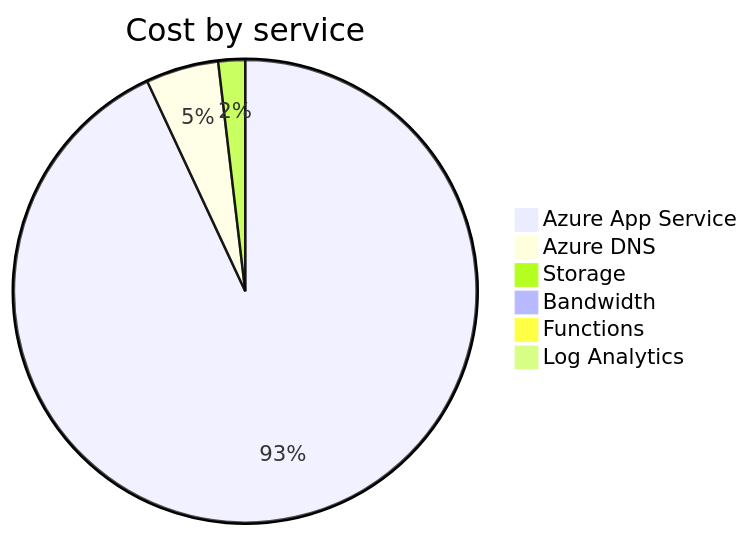
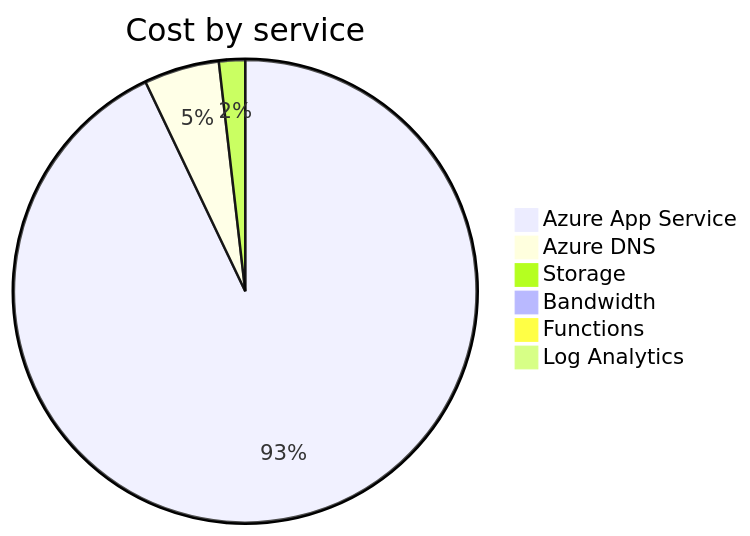
The second of 4 diagrams in cost-reports/accumulated-cost.md (jpfulton/azure-personal-reports), drawn with Mermaid before and after one commit. The commit also changed other lines of this file and 4 other files, not shown here.

````diff
--- a/cost-reports/accumulated-cost.md
+++ b/cost-reports/accumulated-cost.md
@@ -100,10 +100,10 @@
 ```mermaid
 pie
    title Cost by service
-   "Azure App Service" : 3.48
-   "Azure DNS" : 0.19
-   "Storage" : 0.07
+   "Azure App Service" : 4.07
+   "Azure DNS" : 0.23
+   "Storage" : 0.08
    "Bandwidth" : 0.00
    "Functions" : 0.00
    "Log Analytics" : 0.00
 ```
````
